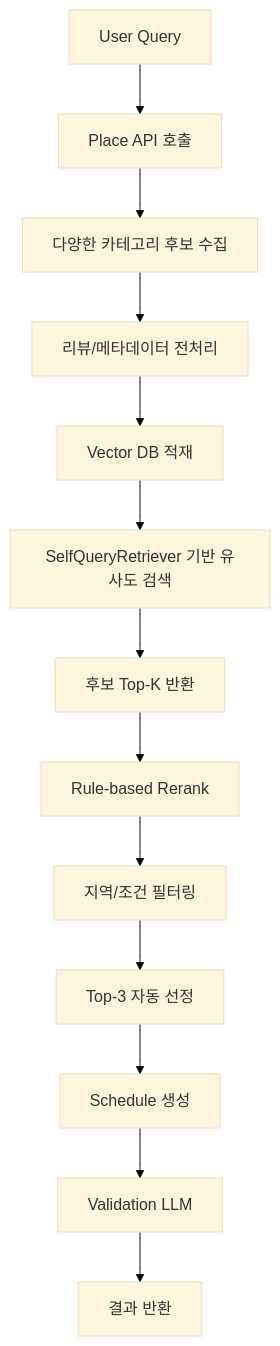
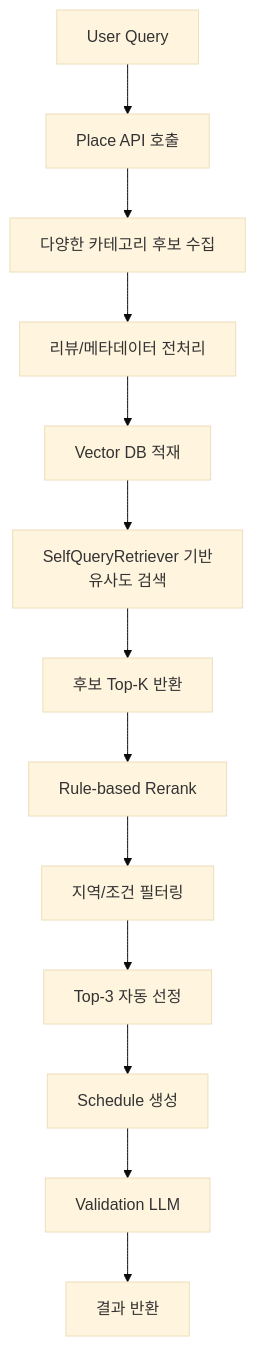
One commit to lo1f0306/TRIP_DOT_ZIP changed the third of 3 diagrams in README.md. Above: the diagram before and after it, drawn with Mermaid (base theme). The commit also changed other lines of this file, not shown here.

````diff
--- a/README.md
+++ b/README.md
@@ -362,27 +392,27 @@
 ```mermaid
 flowchart TD
 
 A[User Query] --> B[Place API 호출]
 
 B --> C[다양한 카테고리 후보 수집]
 
 C --> D[리뷰/메타데이터 전처리]
 
 D --> E[Vector DB 적재]
 
-E --> F[SelfQueryRetriever 기반 유사도 검색]
+E --> F[SelfQueryRetriever 기반<br/>유사도 검색]
 
 F --> G[후보 Top-K 반환]
 
 G --> H[Rule-based Rerank]
 
 H --> I[지역/조건 필터링]
 
 I --> J[Top-3 자동 선정]
 
 J --> K[Schedule 생성]
 
 K --> L[Validation LLM]
 
 L --> M[결과 반환]
 ```
````
